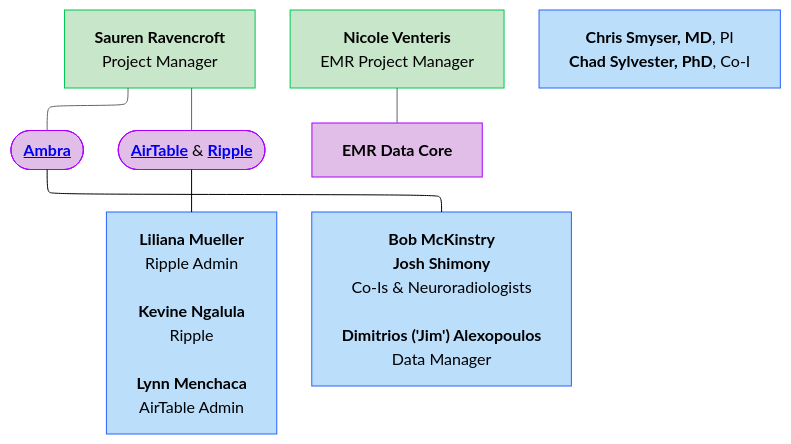
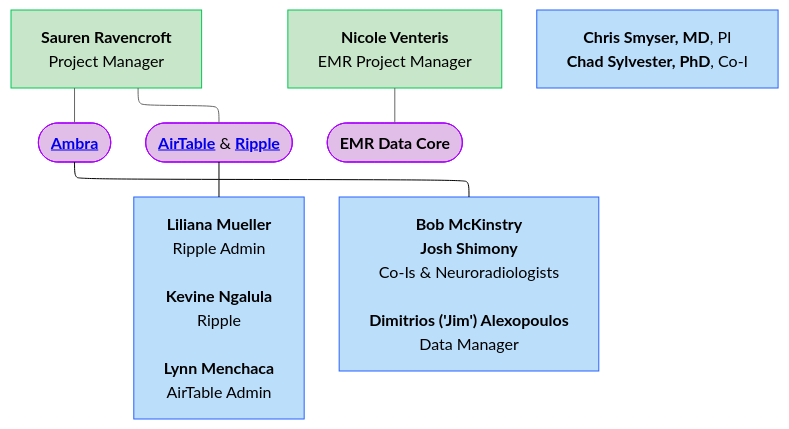
The seventh of 12 diagrams in docs/orgcharts.md (DCAN-Labs/hbcd-docs-internal), drawn with Mermaid (neutral theme) before and after one commit.

````diff
--- a/docs/orgcharts.md
+++ b/docs/orgcharts.md
@@ -494,23 +494,23 @@
 ```mermaid
 ---
 config:
   layout: elk
 ---
 flowchart TB
     A["<b>Sauren Ravencroft</b><br>Project Manager"] --- ambra(["<a href="#ambra"><b>Ambra</b></a>"])
     A --- n5(["<a href="#airtable"><b>AirTable</b></a> & <a href="#ripple"><b>Ripple</b></a>"])
-    n13["<b>Nicole Venteris</b><br>EMR Project Manager"] --- C["<b>EMR Data Core</b><br>"]
+    n13["<b>Nicole Venteris</b><br>EMR Project Manager"] --- C(["<b>EMR Data Core</b><br>"])
     n5 --- n9["<b>Liliana Mueller</b><br>Ripple Admin<br><br><b>Kevine Ngalula</b><br>Ripple<br><br><b>Lynn Menchaca</b><br>AirTable Admin"]
     ambra --- n1["<b>Bob McKinstry</b><br><b>Josh Shimony</b><br>Co-Is &amp; Neuroradiologists<br><br><b>Dimitrios ('Jim') Alexopoulos</b><br>Data Manager"]
     n14["<b>Chris Smyser, MD</b>, PI<br><b>Chad Sylvester, PhD</b>, Co-I"]
     style A fill:#C8E6C9,stroke:#00C853
     style ambra fill:#E1BEE7,stroke:#AA00FF
     style n5 fill:#E1BEE7,stroke:#AA00FF
     style n13 fill:#C8E6C9,stroke:#00C853
     style C fill:#E1BEE7,stroke:#AA00FF
     style n9 fill:#BBDEFB,stroke:#2962FF
     style n1 fill:#BBDEFB,stroke:#2962FF
     style n14 fill:#BBDEFB,stroke:#2962FF
     linkStyle 3 stroke:#000000,fill:none
     linkStyle 4 stroke:#000000,fill:none
 ```
````
